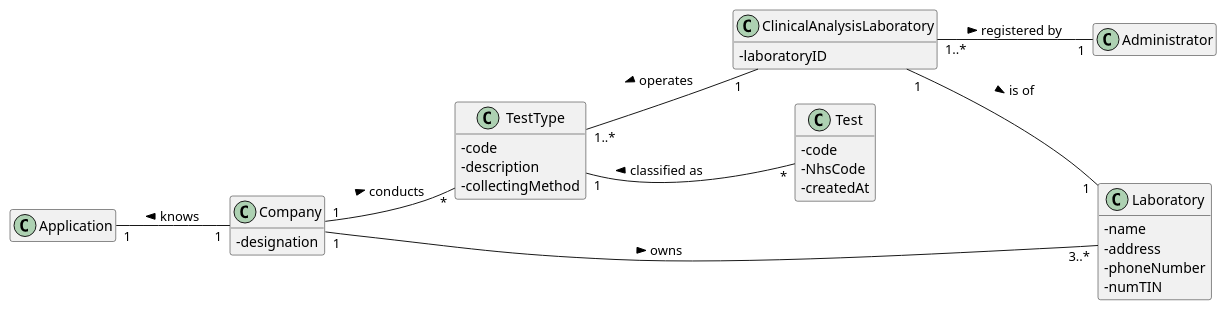
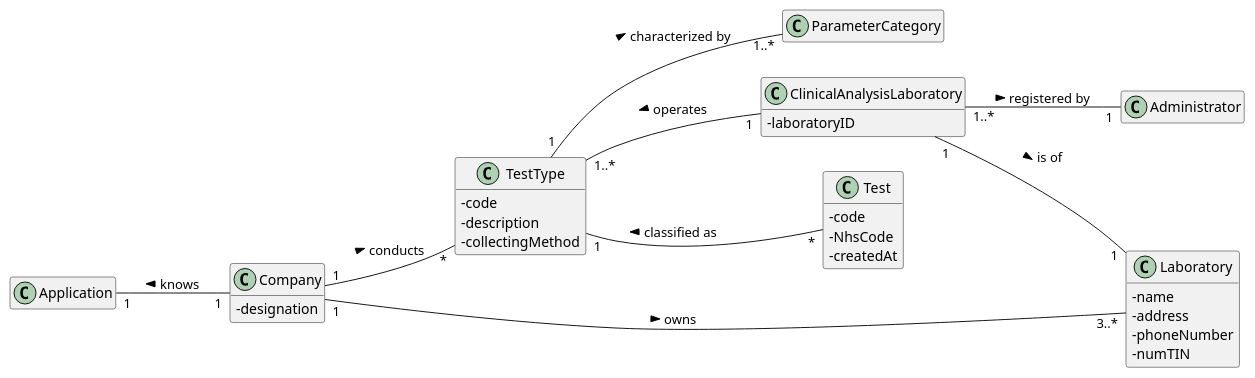
The diagram in docs/SprintB/US_8/US8_DM.puml (ana-albergaria/LAPR2-ISEP), drawn with PlantUML before and after one commit. The commit also changed 3 other files, not shown here.

Commit message:
Doing TestType Mapper and TestTypeDto

```diff
--- a/docs/SprintB/US_8/US8_DM.puml
+++ b/docs/SprintB/US_8/US8_DM.puml
@@ -1,78 +1,81 @@
 @startuml
 
 skinparam classAttributeIconSize 0
 hide empty methods
 hide empty attributes
 left to right direction
 
 class Laboratory {
 - name
 - address
 - phoneNumber
 - numTIN
 }
 
 /'
 class Employee {
 - employeeID
 - organizationRole
 - name
 - address
 - phoneNumber
 - e-Mail
 - standardOccupationalClassificationCode
 }'/
 
 class Test{
 - code
 - NhsCode
 - createdAt
 }
 
 class ClinicalAnalysisLaboratory{
 - laboratoryID
 }
 
 class Application{}
 
 class TestType{
 - code
 - description
 - collectingMethod
 }
 
 class Company{
 - designation
 }
 
 class Administrator{}
 
 together {
 class TestType
 class Laboratory
 }
 
 Company -[hidden]-> TestType
 Company -[hidden]-> Laboratory
 
 
 /' LAYOUT PURPOSES '/
 ClinicalAnalysisLaboratory -[hidden]down-> Laboratory
 Test -[hidden]up-> TestType
 ClinicalAnalysisLaboratory -[hidden]up-> TestType
 
 
 /' END OF LAYOUT PURPOSES '/
 
 Company "1" -- "3..*" Laboratory : owns >
 ClinicalAnalysisLaboratory "1" -- "1" Laboratory : is of >
 /'Employee "1..*" - "1" Company : works for >'/
 Company "1" -- "*" TestType : conducts >
 
 /' MUDAR SENTIDO DA SETA? POR CAUSA DO RATIONALE '/
 Application "1" -- "1" Company : knows <
 Test "*" -- "1" TestType : classified as >
 ClinicalAnalysisLaboratory "1" -- "1..*" TestType : operates >
 ClinicalAnalysisLaboratory "1..*" -- "1" Administrator : registered by >
+TestType "1" -- "1..*" ParameterCategory : characterized by >
+
+
 
 @enduml
```
